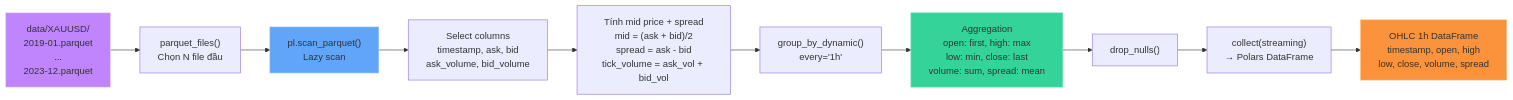
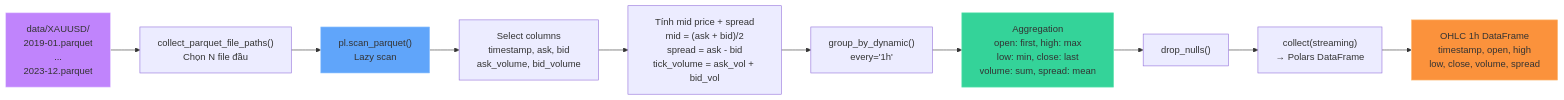
The first of 2 diagrams in docs/data-pipeline.md (ultimateBroK/thesis-compact), drawn with Mermaid before and after one commit. The commit also changed other lines of this file and 7 other files, not shown here.

````diff
--- a/docs/data-pipeline.md
+++ b/docs/data-pipeline.md
@@ -9,17 +9,17 @@
 ```mermaid
 flowchart LR
-    A["data/XAUUSD/<br/>2019-01.parquet<br/>...<br/>2023-12.parquet"] --> B["parquet_files()<br/>Chọn N file đầu"]
+    A["data/XAUUSD/<br/>2019-01.parquet<br/>...<br/>2023-12.parquet"] --> B["collect_parquet_file_paths()<br/>Chọn N file đầu"]
     B --> C["pl.scan_parquet()<br/>Lazy scan"]
     C --> D["Select columns<br/>timestamp, ask, bid<br/>ask_volume, bid_volume"]
     D --> E["Tính mid price + spread<br/>mid = (ask + bid)/2<br/>spread = ask - bid<br/>tick_volume = ask_vol + bid_vol"]
     E --> F["group_by_dynamic()<br/>every='1h'"]
     F --> G["Aggregation<br/>open: first, high: max<br/>low: min, close: last<br/>volume: sum, spread: mean"]
     G --> H["drop_nulls()"]
     H --> I["collect(streaming)<br/>→ Polars DataFrame"]
     I --> J["OHLC 1h DataFrame<br/>timestamp, open, high<br/>low, close, volume, spread"]
 
     style A fill:#c084fc,stroke:#e9d5ff
     style C fill:#60a5fa,stroke:#93c5fd
     style G fill:#34d399,stroke:#6ee7b7
     style J fill:#fb923c,stroke:#fdba74
 ```
````
